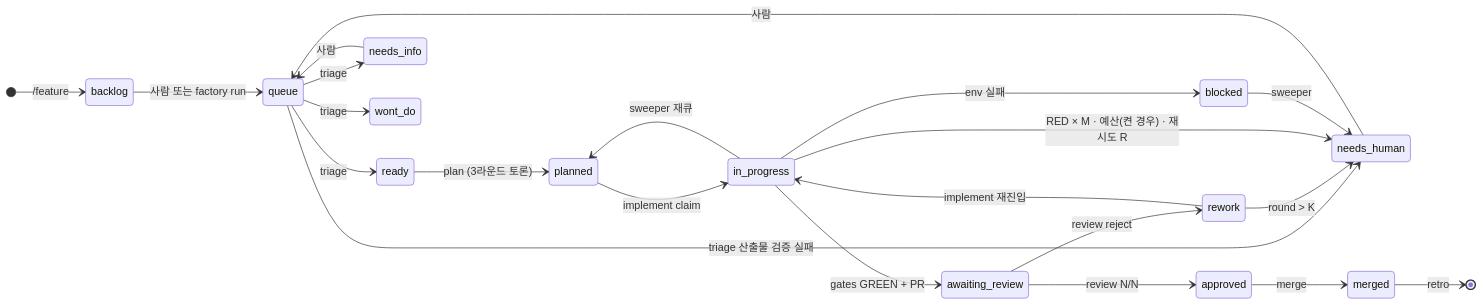
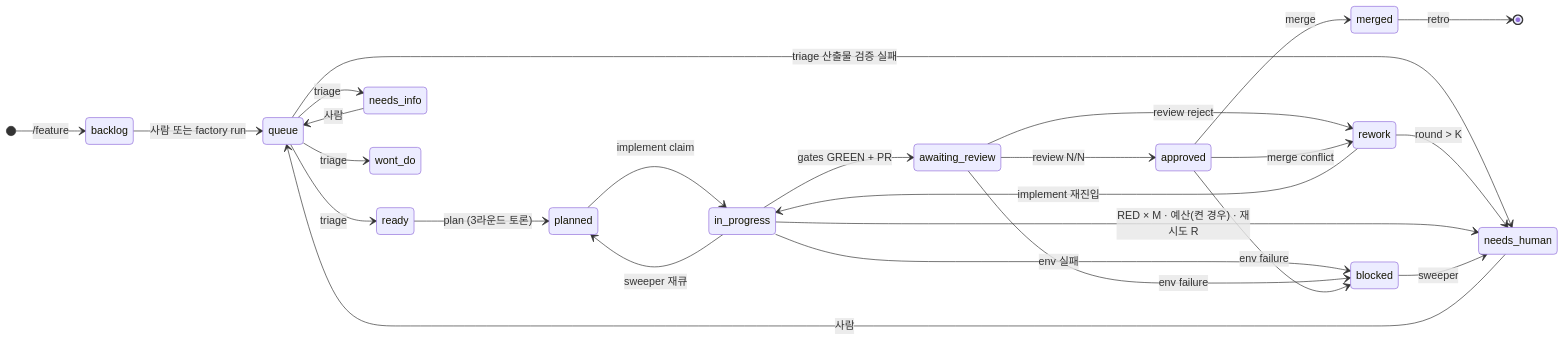
Before and after one commit to LeeHyeonKyu/know_thy_build: the diagram in docs/superpowers/specs/2026-09-10-factory-design.md, drawn with Mermaid. The commit also changed other lines of this file and 1 other file, not shown here.

````diff
--- a/docs/superpowers/specs/2026-09-10-factory-design.md
+++ b/docs/superpowers/specs/2026-09-10-factory-design.md
@@ -98,25 +98,28 @@
 ```mermaid
 stateDiagram-v2
   direction LR
   [*] --> backlog: /feature
   backlog --> queue: 사람 또는 factory run
   queue --> ready: triage
   queue --> needs_info: triage
   queue --> wont_do: triage
   queue --> needs_human: triage 산출물 검증 실패
   needs_info --> queue: 사람
   ready --> planned: plan (3라운드 토론)
   planned --> in_progress: implement claim
   in_progress --> awaiting_review: gates GREEN + PR
   in_progress --> blocked: env 실패
   in_progress --> planned: sweeper 재큐
   awaiting_review --> approved: review N/N
   awaiting_review --> rework: review reject
+  awaiting_review --> blocked: env failure
   rework --> in_progress: implement 재진입
   approved --> merged: merge
+  approved --> rework: merge conflict
+  approved --> blocked: env failure
   merged --> [*]: retro
   rework --> needs_human: round > K
   in_progress --> needs_human: RED × M · 예산(켠 경우) · 재시도 R
   blocked --> needs_human: sweeper
   needs_human --> queue: 사람
 ```
````
